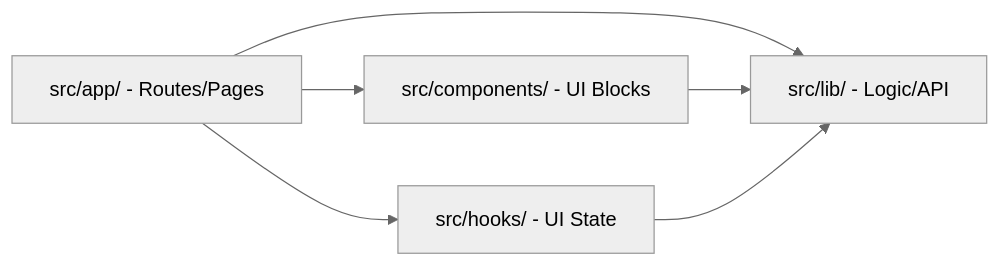
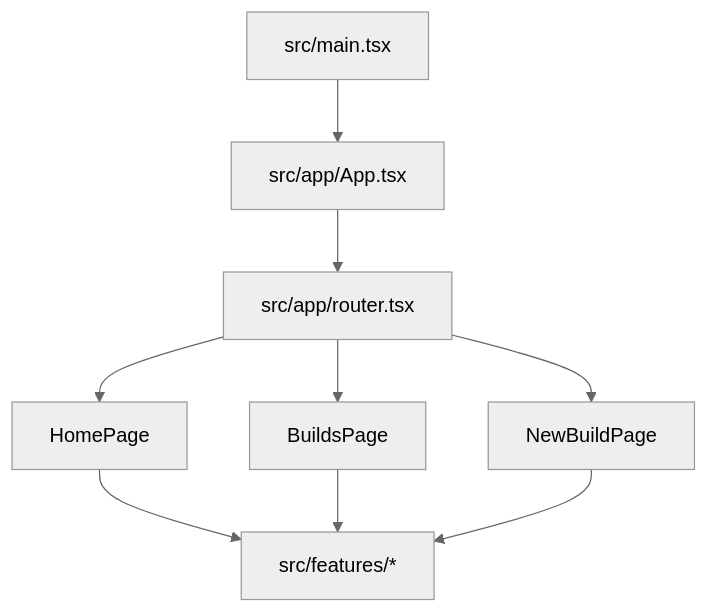
The second of 5 diagrams in ARCHITECTURE.md (yeongseon/kpubdata-studio), drawn with Mermaid (neutral theme) before and after one commit. The commit also changed other lines of this file and 11 other files, not shown here.

First line of the commit message:
docs: update all documentation for Vite + React SPA architecture (closes #25)

````diff
--- a/ARCHITECTURE.md
+++ b/ARCHITECTURE.md
@@ -54,8 +39,11 @@
 ```mermaid
-graph LR
-    App[src/app/ - Routes/Pages] --> Components[src/components/ - UI Blocks]
-    App --> Lib[src/lib/ - Logic/API]
-    App --> Hooks[src/hooks/ - UI State]
-    Components --> Lib
-    Hooks --> Lib
+graph TD
+    Main[src/main.tsx] --> App[src/app/App.tsx]
+    App --> Router[src/app/router.tsx]
+    Router --> Home[HomePage]
+    Router --> Builds[BuildsPage]
+    Router --> NewBuild[NewBuildPage]
+    Home --> Features[src/features/*]
+    Builds --> Features
+    NewBuild --> Features
 ```
````
